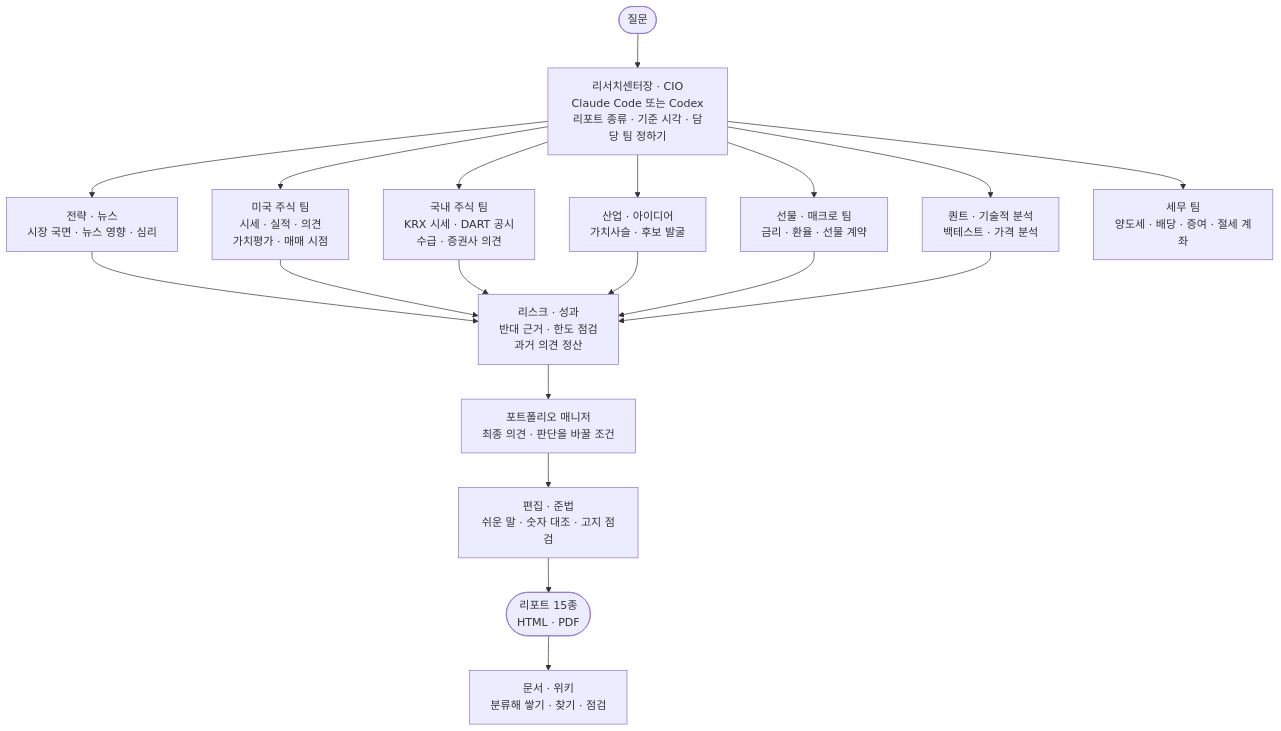
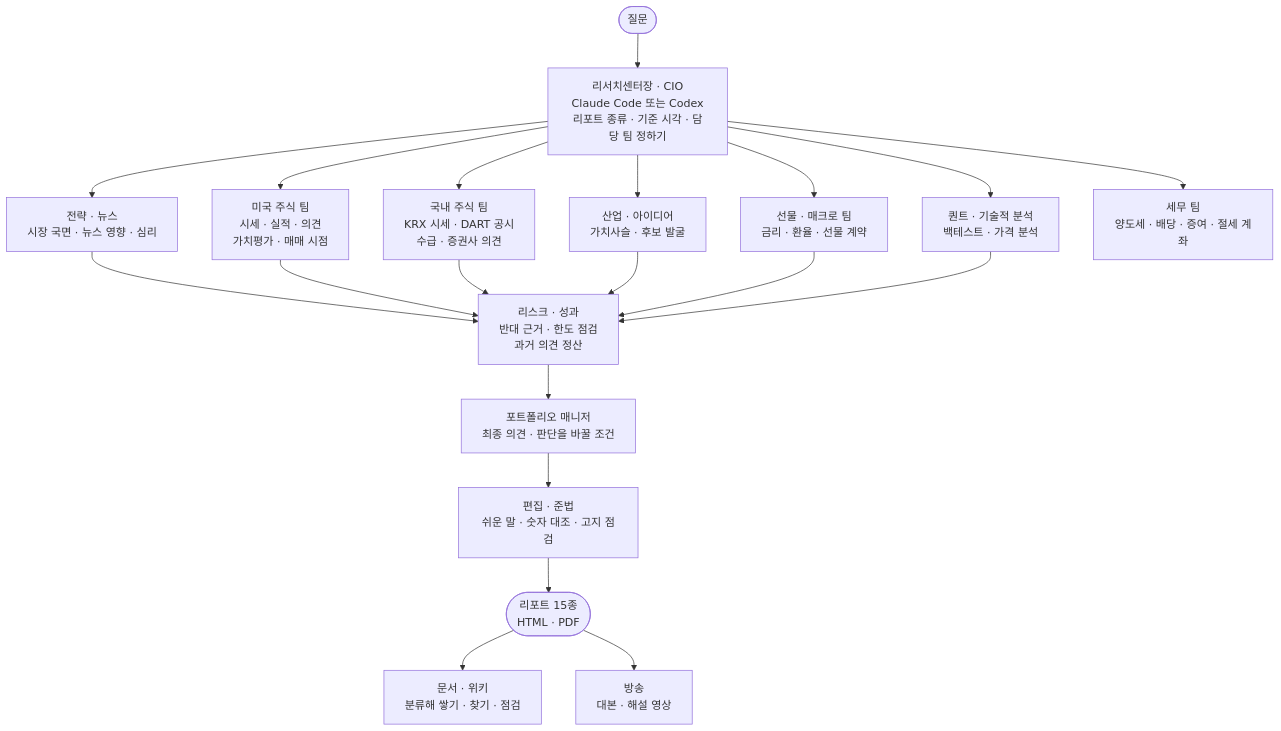
The first of 2 diagrams in README.md (seulee26/stock-team-harness), drawn with Mermaid before and after one commit. The commit also changed other lines of this file and 14 other files, not shown here.

````diff
--- a/README.md
+++ b/README.md
@@ -92,24 +92,25 @@
 ```mermaid
 flowchart TD
     Q(["질문"]) --> CIO["리서치센터장 · CIO<br/>Claude Code 또는 Codex<br/>리포트 종류 · 기준 시각 · 담당 팀 정하기"]
 
     CIO --> ST["전략 · 뉴스<br/>시장 국면 · 뉴스 영향 · 심리"]
     CIO --> US["미국 주식 팀<br/>시세 · 실적 · 의견<br/>가치평가 · 매매 시점"]
     CIO --> KR["국내 주식 팀<br/>KRX 시세 · DART 공시<br/>수급 · 증권사 의견"]
     CIO --> SE["산업 · 아이디어<br/>가치사슬 · 후보 발굴"]
     CIO --> FM["선물 · 매크로 팀<br/>금리 · 환율 · 선물 계약"]
     CIO --> QT["퀀트 · 기술적 분석<br/>백테스트 · 가격 분석"]
     CIO --> TAX["세무 팀<br/>양도세 · 배당 · 증여 · 절세 계좌"]
 
     ST --> RV["리스크 · 성과<br/>반대 근거 · 한도 점검<br/>과거 의견 정산"]
     US --> RV
     KR --> RV
     SE --> RV
     FM --> RV
     QT --> RV
 
     RV --> PM["포트폴리오 매니저<br/>최종 의견 · 판단을 바꿀 조건"]
     PM --> ED["편집 · 준법<br/>쉬운 말 · 숫자 대조 · 고지 점검"]
     ED --> O(["리포트 15종<br/>HTML · PDF"])
     O --> WK["문서 · 위키<br/>분류해 쌓기 · 찾기 · 점검"]
+    O --> BC["방송<br/>대본 · 해설 영상"]
 ```
````
